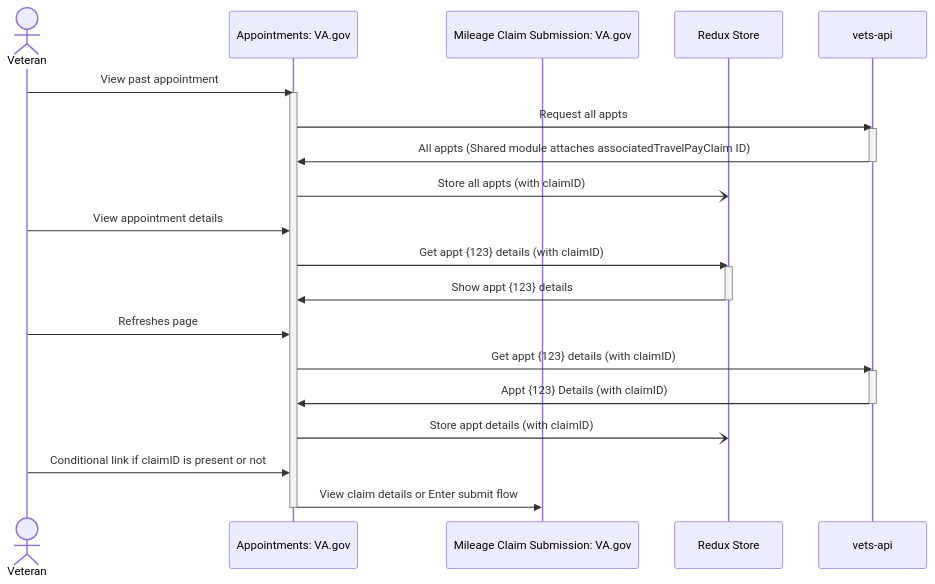
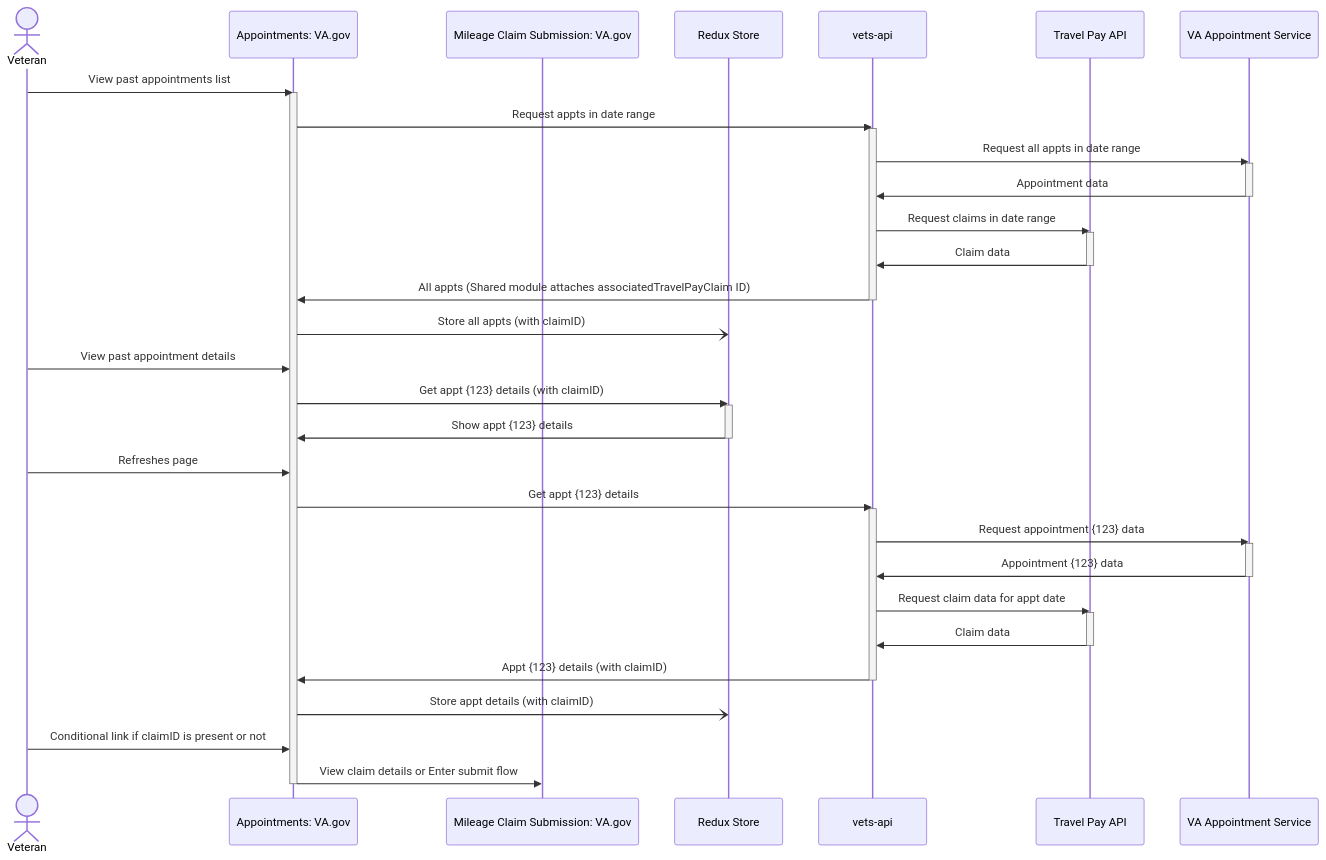
Before and after one commit to department-of-veterans-affairs/va.gov-team: the diagram in products/health-care/beneficiary-travel/engineering/appointment-association-recommendation.md, drawn with Mermaid.

Commit message:
Expand backend data flow

````diff
--- a/products/health-care/beneficiary-travel/engineering/appointment-association-recommendation.md
+++ b/products/health-care/beneficiary-travel/engineering/appointment-association-recommendation.md
@@ -29,41 +29,60 @@
 ```mermaid
 sequenceDiagram
   actor vet as Veteran
   participant appts as Appointments: VA.gov
   participant smoc as Mileage Claim Submission: VA.gov
   participant redux as Redux Store
   participant vapi as vets-api
+  participant tpapi as Travel Pay API
+  participant vaos as VA Appointment Service
 
-  vet ->> appts: View past appointment
+  vet ->> appts: View past appointments list
   activate appts
-    appts ->> vapi: Request all appts
+    appts ->> vapi: Request appts in date range
     
     activate vapi
+      vapi ->> vaos: Request all appts in date range
+    activate vaos
+      vaos ->> vapi: Appointment data
+    deactivate vaos
+      vapi ->> tpapi: Request claims in date range
+    activate tpapi
+      tpapi ->> vapi: Claim data
+    deactivate tpapi
       vapi ->> appts: All appts (Shared module attaches associatedTravelPayClaim ID)
     deactivate vapi
 
     appts -) redux: Store all appts (with claimID)
     
-    vet ->> appts: View appointment details
+    vet ->> appts: View past appointment details
 
     appts ->> redux: Get appt {123} details (with claimID)
 
     activate redux
       redux ->> appts: Show appt {123} details
     deactivate redux
 
     vet ->> appts: Refreshes page
-    appts ->> vapi: Get appt {123} details (with claimID)
+    appts ->> vapi: Get appt {123} details
     
     activate vapi
-      vapi ->> appts: Appt {123} Details (with claimID)
+      
+      vapi ->> vaos: Request appointment {123} data
+    activate vaos
+      vaos ->> vapi: Appointment {123} data
+    deactivate vaos
+      vapi ->> tpapi: Request claim data for appt date
+    activate tpapi
+      tpapi ->> vapi: Claim data
+    deactivate tpapi
+      vapi ->> appts: Appt {123} details (with claimID)
     deactivate vapi
 
     appts -) redux: Store appt details (with claimID)
 
     vet ->> appts: Conditional link if claimID is present or not
 
     appts ->> smoc: View claim details or Enter submit flow
 
   deactivate appts
 ```
````
